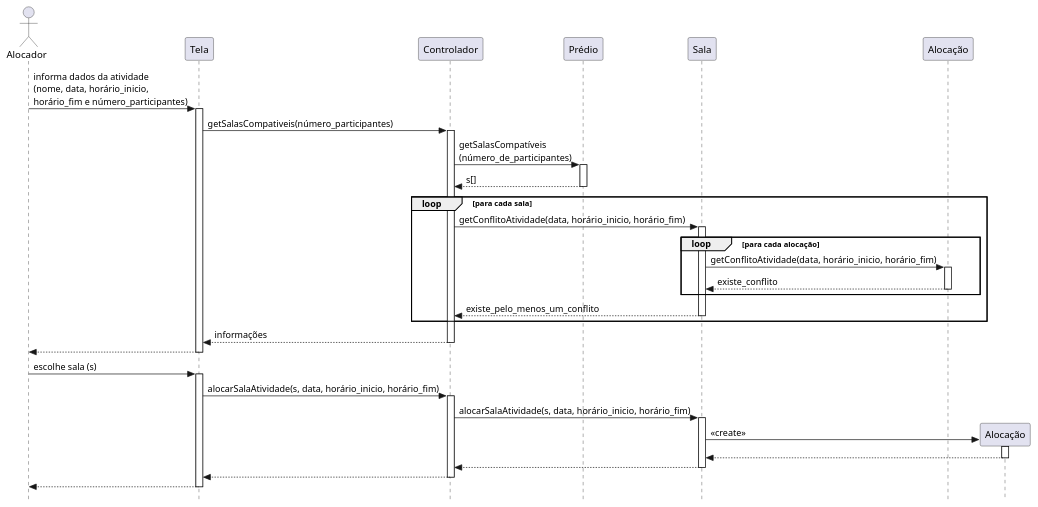
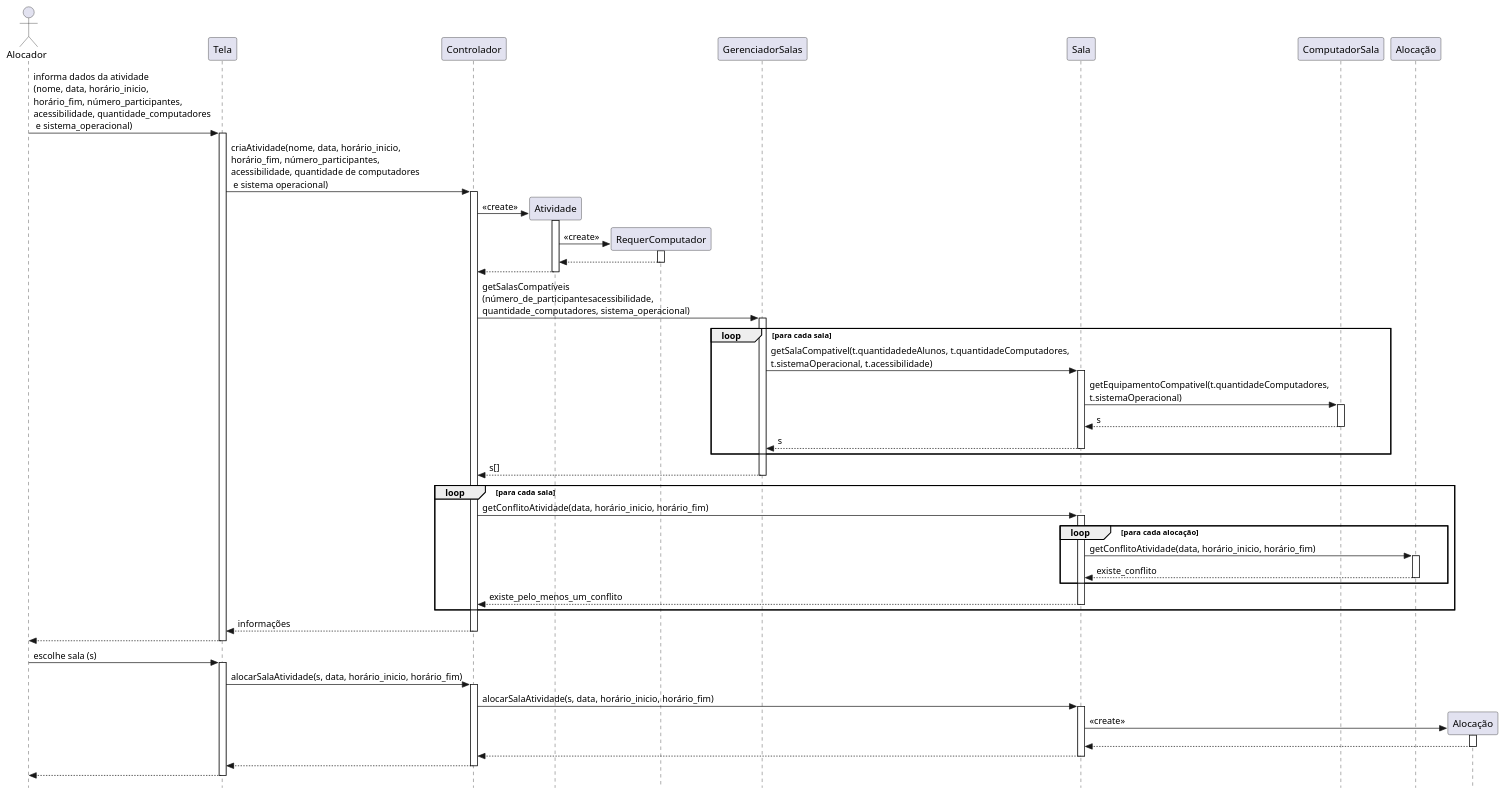
Before and after one commit to tassyla/Salateca: the diagram in projeto/uc2/diagrama-de-sequencia-uc2.puml, drawn with PlantUML. The commit also changed 9 other files, not shown here.

Commit message:
📝diagramas de sequência

```diff
--- a/projeto/uc2/diagrama-de-sequencia-uc2.puml
+++ b/projeto/uc2/diagrama-de-sequencia-uc2.puml
@@ -1,39 +1,56 @@
 @startuml Sequencia
 skinparam style strictuml
 autoactivate on
 
 actor Alocador
 participant Tela as t
 participant Controlador as c
-participant Prédio as p
+participant Atividade as at
+participant RequerComputador as rc
+participant GerenciadorSalas as gs
 participant Sala as s
+participant ComputadorSala as cs
 participant Alocação as a
 participant Alocação as a2
 
-Alocador -> t : informa dados da atividade\n(nome, data, horário_inicio, \nhorário_fim e número_participantes)
-    t -> c : getSalasCompativeis(número_participantes)
-        c -> p : getSalasCompatíveis\n(número_de_participantes)
-            return s[]
+Alocador -> t : informa dados da atividade\n(nome, data, horário_inicio, \nhorário_fim, número_participantes,\nacessibilidade, quantidade_computadores\n e sistema_operacional)
+    t -> c : criaAtividade(nome, data, horário_inicio, \nhorário_fim, número_participantes,\nacessibilidade, quantidade de computadores\n e sistema operacional)
+    create at
+        c -> at : << create >>
+    create rc
+        at -> rc : << create >>
+    return 
+    return 
+
+    c -> gs : getSalasCompatíveis\n(número_de_participantesacessibilidade,\nquantidade_computadores, sistema_operacional)
+    loop para cada sala
+        gs -> s : getSalaCompativel(t.quantidadedeAlunos, t.quantidadeComputadores,\nt.sistemaOperacional, t.acessibilidade)
+        s -> cs : getEquipamentoCompativel(t.quantidadeComputadores,\nt.sistemaOperacional)
+        return s
+        return s
+    end
+
+    return s[]
         loop para cada sala
         c -> s : getConflitoAtividade(data, horário_inicio, horário_fim)
         loop para cada alocação
             s -> a : getConflitoAtividade(data, horário_inicio, horário_fim)
             return existe_conflito
         end
         return existe_pelo_menos_um_conflito
     end
     
 return informações
 return 
 
 Alocador -> t : escolhe sala (s)
     t -> c : alocarSalaAtividade(s, data, horário_inicio, horário_fim)
     
     c -> s : alocarSalaAtividade(s, data, horário_inicio, horário_fim)
     create a2
         s -> a2 : << create >>
     return 
 return 
 return
 return 
 @enduml
```
